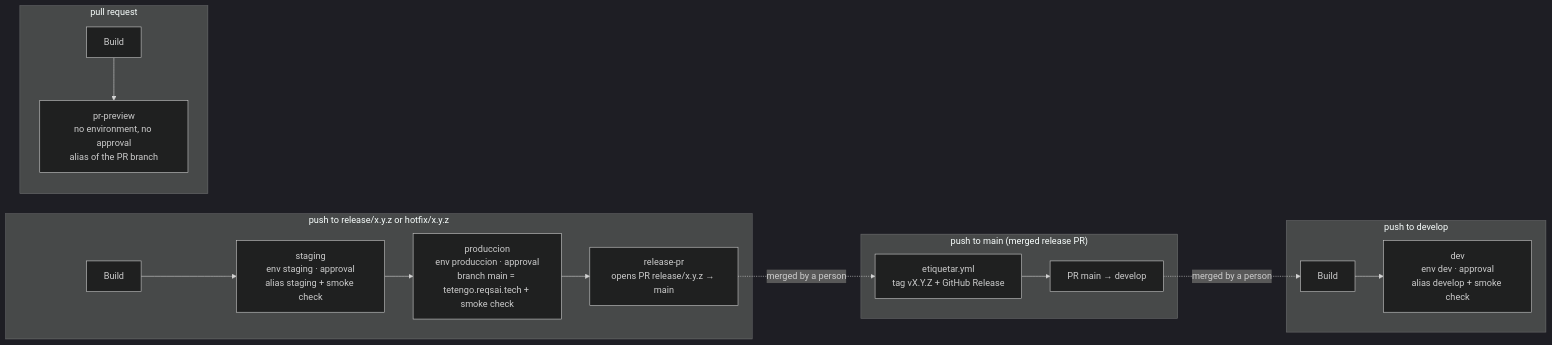
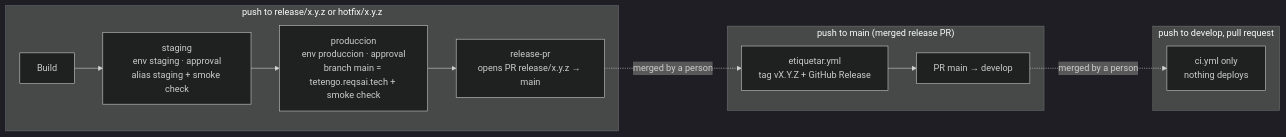
The diagram in docs/DEPLOY.md (Te-Tengo-Tech/te-tengo-landing-astro), drawn with Mermaid (dark theme) before and after one commit. The commit also changed other lines of this file and 5 other files, not shown here.

First line of the commit message:
docs: describe the staging and produccion only deploy flow

````diff
--- a/docs/DEPLOY.md
+++ b/docs/DEPLOY.md
@@ -55,19 +56,16 @@
 ```mermaid
 flowchart LR
-  subgraph dev["push to develop"]
-    B1[Build] --> D1["dev<br/>env dev · approval<br/>alias develop + smoke check"]
-  end
   subgraph rel["push to release/x.y.z or hotfix/x.y.z"]
     B2[Build] --> S2["staging<br/>env staging · approval<br/>alias staging + smoke check"]
     S2 --> P2["produccion<br/>env produccion · approval<br/>branch main = tetengo.reqsai.tech + smoke check"]
     P2 --> R2["release-pr<br/>opens PR release/x.y.z → main"]
   end
   subgraph main["push to main (merged release PR)"]
     T3["etiquetar.yml<br/>tag vX.Y.Z + GitHub Release"] --> M3["PR main → develop"]
   end
-  subgraph pr["pull request"]
-    B4[Build] --> V4["pr-preview<br/>no environment, no approval<br/>alias of the PR branch"]
+  subgraph dev["push to develop, pull request"]
+    C4["ci.yml only<br/>nothing deploys"]
   end
   R2 -. "merged by a person" .-> T3
-  M3 -. "merged by a person" .-> B1
+  M3 -. "merged by a person" .-> C4
 ```
````
